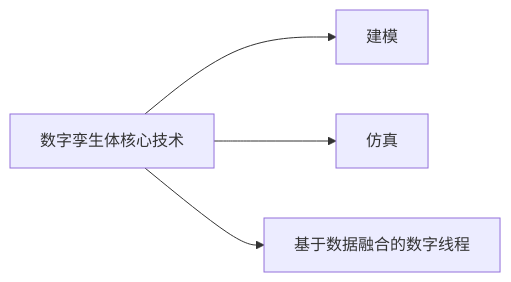
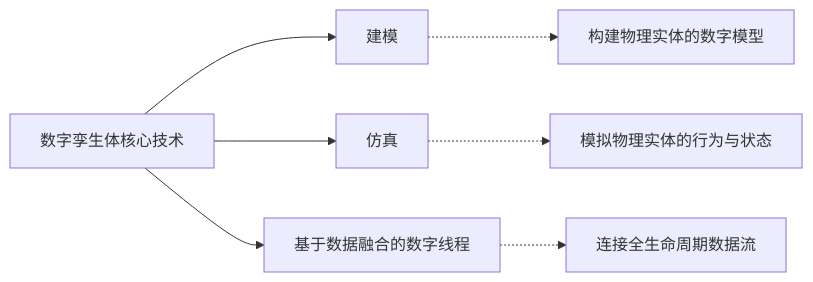
One commit to yiiewang/yiiewang.github.io changed the seventh of 10 diagrams in docs/ruankao/medium future/index.md. Above: the diagram before and after it, drawn with Mermaid. The commit also changed other lines of this file and 1 other file, not shown here.

````diff
--- a/docs/ruankao/medium future/index.md
+++ b/docs/ruankao/medium future/index.md
@@ -285,6 +290,10 @@
 ```mermaid
 graph LR
     A[数字孪生体核心技术] --> B[建模]
     A --> C[仿真]
     A --> D[基于数据融合的数字线程]
+
+    B -.-> B1[构建物理实体的数字模型]
+    C -.-> C1[模拟物理实体的行为与状态]
+    D -.-> D1[连接全生命周期数据流]
 ```
````
